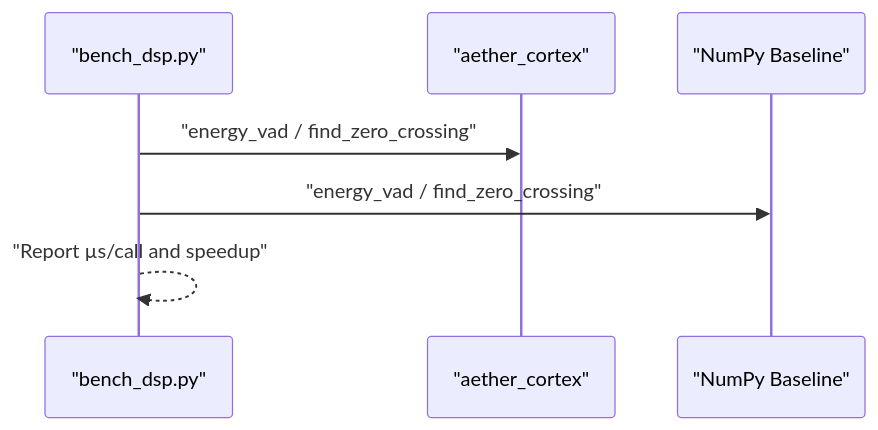
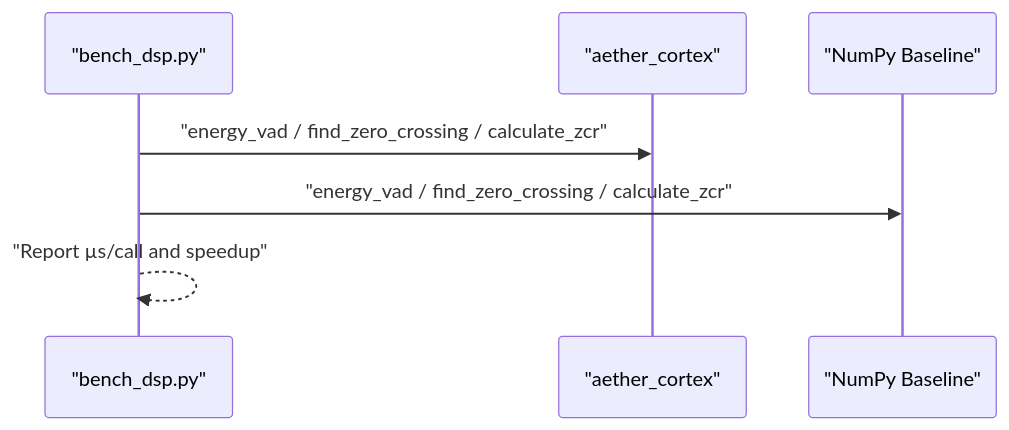
One commit to Moeabdelaziz007/Aether-Voice-OS changed the ninth of 10 diagrams in .qoder/repowiki/en/content/Audio Processing System/Cortex Rust Audio Processing Core/Cortex Rust Audio Processing Core.md. Above: the diagram before and after it, drawn with Mermaid. The commit also changed other lines of this file and 29 other files, not shown here.

````diff
--- a/.qoder/repowiki/en/content/Audio Processing System/Cortex Rust Audio Processing Core/Cortex Rust Audio Processing Core.md
+++ b/.qoder/repowiki/en/content/Audio Processing System/Cortex Rust Audio Processing Core/Cortex Rust Audio Processing Core.md
@@ -278,9 +335,9 @@
 ```mermaid
 sequenceDiagram
 participant Bench as "bench_dsp.py"
 participant Rust as "aether_cortex"
 participant NP as "NumPy Baseline"
-Bench->>Rust : "energy_vad / find_zero_crossing"
-Bench->>NP : "energy_vad / find_zero_crossing"
+Bench->>Rust : "energy_vad / find_zero_crossing / calculate_zcr"
+Bench->>NP : "energy_vad / find_zero_crossing / calculate_zcr"
 Bench-->>Bench : "Report µs/call and speedup"
 ```
````
